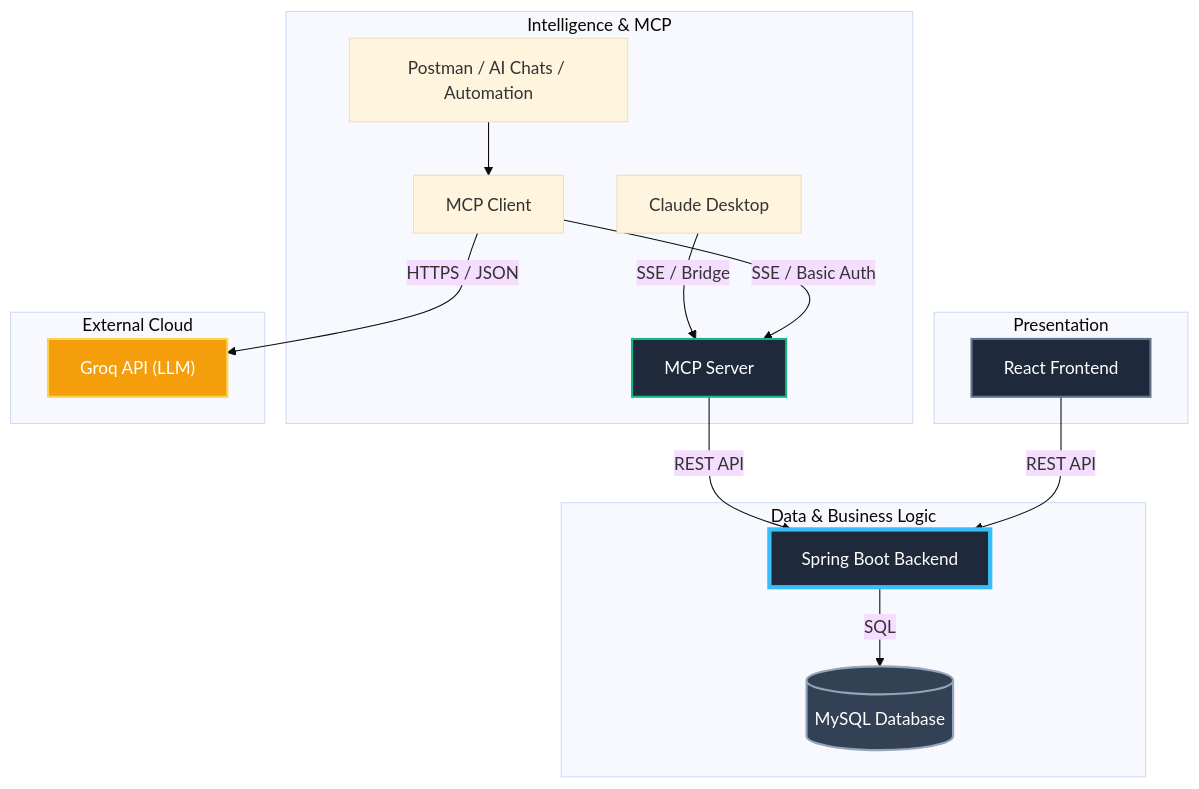
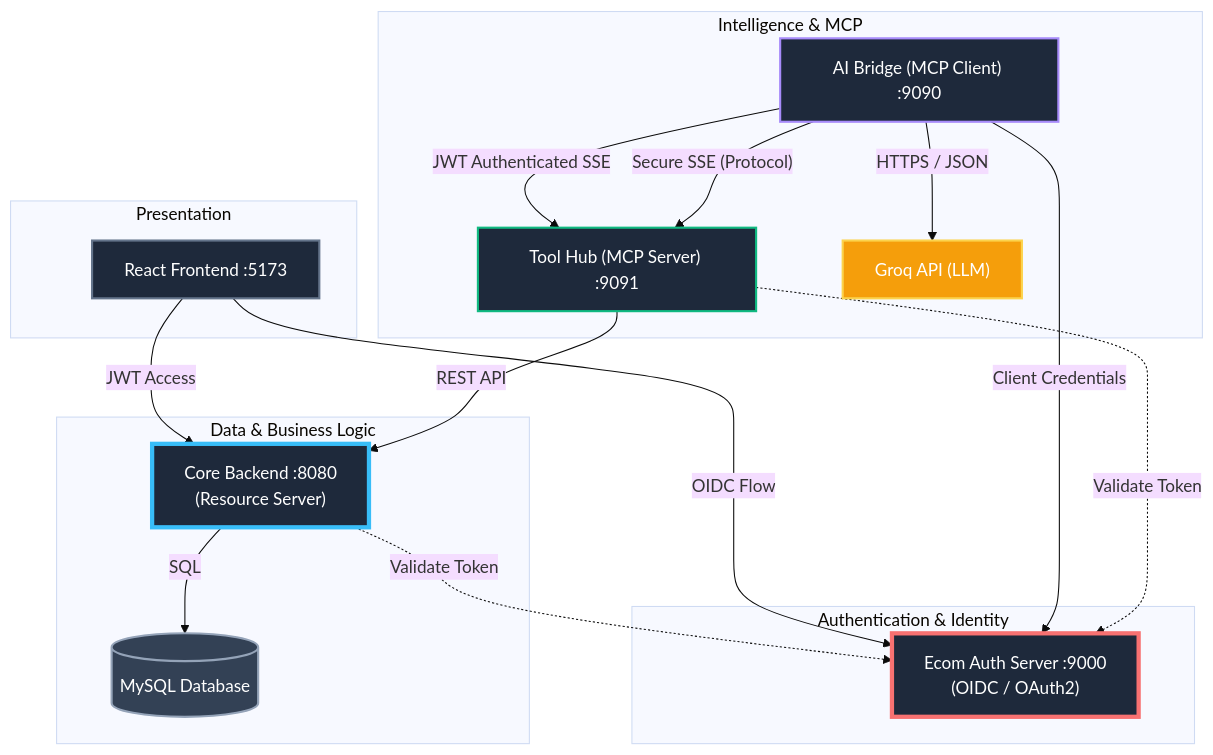
The diagram in README.md (malcolm-cephas/Ecom_demo), drawn with Mermaid (base theme) before and after one commit. The commit also changed other lines of this file and 29 other files, not shown here.

Commit message:
feat: upgrade security to OIDC and implement persistent chat history"

````diff
--- a/README.md
+++ b/README.md
@@ -13,40 +10,48 @@
 ```mermaid
 graph TD
     subgraph Frontend_Layer [Presentation]
-        React[React Frontend]
+        React[React Frontend :5173]
+    end
+
+    subgraph Security_Layer [Authentication & Identity]
+        AuthSrv["Ecom Auth Server :9000<br/>(OIDC / OAuth2)"]
     end
 
     subgraph AI_Layer [Intelligence & MCP]
-        Claude[Claude Desktop]
-        MCP_Client[MCP Client]
-        MCP_Server[MCP Server]
-        Tools[Postman / AI Chats / Automation]
+        MCP_Client["AI Bridge (MCP Client) :9090"]
+        MCP_Server["Tool Hub (MCP Server) :9091"]
+        Groq["Groq API (LLM)"]
     end
 
     subgraph Core_Layer [Data & Business Logic]
-        SB[Spring Boot Backend]
+        SB["Core Backend :8080<br/>(Resource Server)"]
         DB[("MySQL Database")]
     end
 
-    subgraph External_Services [External Cloud]
-        Groq["Groq API (LLM)"]
-    end
-
-    %% Connections
-    React -- REST API --> SB
+    %% Security Connections
+    React -- "OIDC Flow" --> AuthSrv
+    MCP_Client -- "Client Credentials" --> AuthSrv
+    
+    %% Service Authentication
+    React -- "JWT Access" --> SB
+    MCP_Client -- "JWT Authenticated SSE" --> MCP_Server
+    
+    %% Target Validation Logic
+    SB -. "Validate Token" .-> AuthSrv
+    MCP_Server -. "Validate Token" .-> AuthSrv
     MCP_Server -- REST API --> SB
     SB -- SQL --> DB
     
-    MCP_Client -- SSE / Basic Auth --> MCP_Server
-    Claude -- SSE / Bridge --> MCP_Server
-    
-    MCP_Client -- HTTPS / JSON --> Groq
-    Tools --> MCP_Client
+    %% AI & Protocol Connections
+    MCP_Client -- "Secure SSE (Protocol)" --> MCP_Server
+    MCP_Client -- "HTTPS / JSON" --> Groq
 
     %% Styling
+    style AuthSrv fill:#1e293b,stroke:#f87171,stroke-width:4px,color:#fff
     style SB fill:#1e293b,stroke:#38bdf8,stroke-width:4px,color:#fff
     style MCP_Server fill:#1e293b,stroke:#10b981,stroke-width:2px,color:#fff
+    style MCP_Client fill:#1e293b,stroke:#a78bfa,stroke-width:2px,color:#fff
     style React fill:#1e293b,stroke:#64748b,stroke-width:2px,color:#fff
     style Groq fill:#f59e0b,stroke:#fcd34d,stroke-width:2px,color:#fff
     style DB fill:#334155,stroke:#94a3b8,stroke-width:2px,color:#fff
 ```
````
